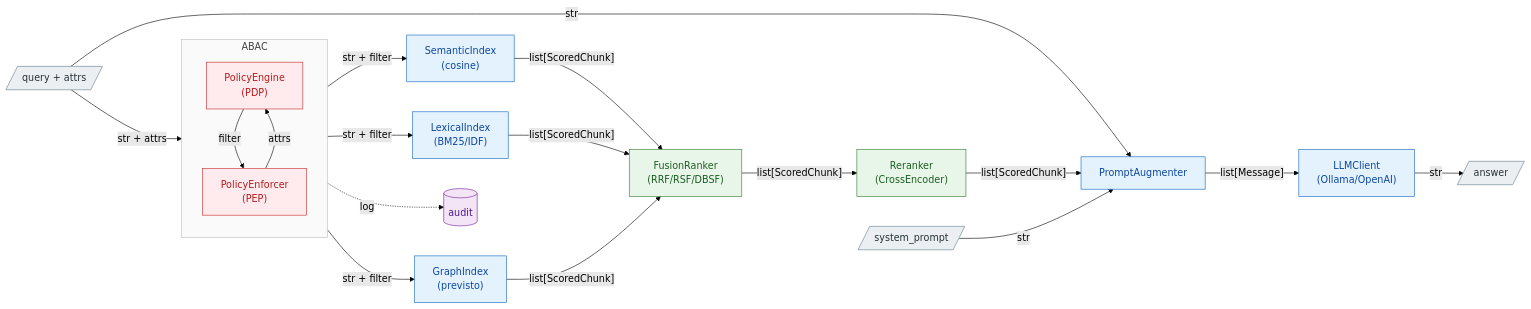
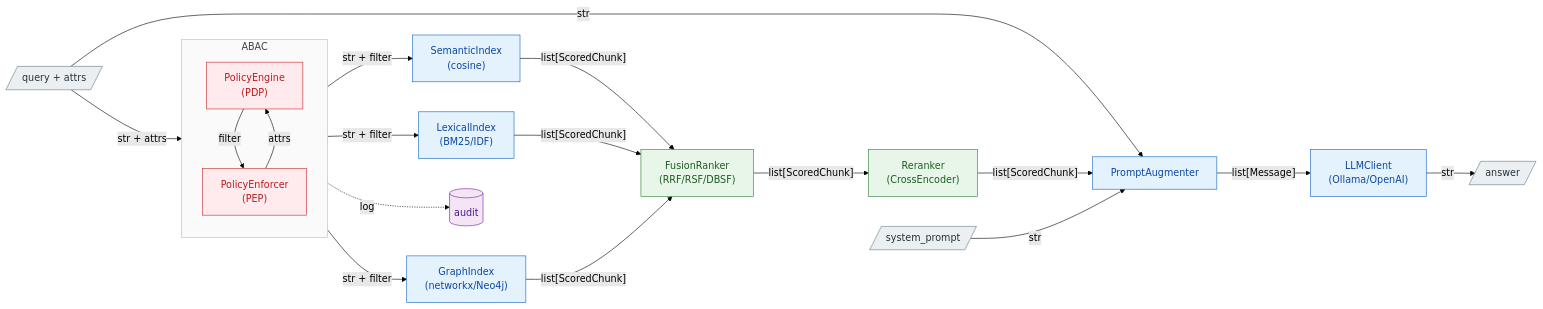
One commit to DavideFricano/auth-rag changed the second of 2 diagrams in docs/roadmap/sources-abac.md. Above: the diagram before and after it, drawn with Mermaid (forest theme). The commit also changed other lines of this file and 3 other files, not shown here.

First line of the commit message:
docs(graph): from planned to built, and what is still owed

````diff
--- a/docs/roadmap/sources-abac.md
+++ b/docs/roadmap/sources-abac.md
@@ -379,43 +379,43 @@
 ```mermaid
 flowchart LR
  subgraph XABAC["ABAC"]
     direction TB
         PDP["PolicyEngine<br>(PDP)"]
         PEP["PolicyEnforcer<br>(PEP)"]
   end
     PEP -- attrs --> PDP
     PDP -- filter --> PEP
     q[/"query + attrs<br>"/] -->|"str + attrs"| PEP
     q -- str --> AUG["PromptAugmenter"]
-    PEP -->|"str + filter"| BM["LexicalIndex<br>(BM25/IDF)"] & VR["SemanticIndex<br>(cosine)"] & GR["GraphIndex<br>(previsto)"]
+    PEP -->|"str + filter"| BM["LexicalIndex<br>(BM25/IDF)"] & VR["SemanticIndex<br>(cosine)"] & GR["GraphIndex<br>(networkx/Neo4j)"]
     VR -- list[ScoredChunk] --> F["FusionRanker<br>(RRF/RSF/DBSF)"]
     BM -- list[ScoredChunk] --> F
     GR -- list[ScoredChunk] --> F
     F -- list[ScoredChunk]<br> --> RR["Reranker<br>(CrossEncoder)"]
     RR -- list[ScoredChunk]<br> --> AUG
     AUG -- list[Message] --> LLM["LLMClient<br>(Ollama/OpenAI)"]
     LLM -- str --> ANS[/"answer"/]
     n1[/"system_prompt"/] -- str --> AUG
     PEP -. log .-> AUD[("audit")]
 
      PDP:::policy
      PEP:::policy
      q:::io
      AUG:::step
      BM:::step
      VR:::step
      GR:::step
      F:::rank
      RR:::rank
      LLM:::step
      ANS:::io
      n1:::io
      AUD:::db
      XABAC:::group
     classDef io fill:#eceff1,stroke:#607d8b,color:#263238
     classDef step fill:#e3f2fd,stroke:#1565c0,color:#0d47a1
     classDef rank fill:#e8f5e9,stroke:#2e7d32,color:#1b5e20
     classDef db fill:#f3e5f5,stroke:#7b1fa2,color:#4a148c
     classDef policy fill:#ffebee,stroke:#c62828,color:#b71c1c
     classDef group fill:#fafafa,stroke:#bdbdbd,color:#424242
 ```
````
